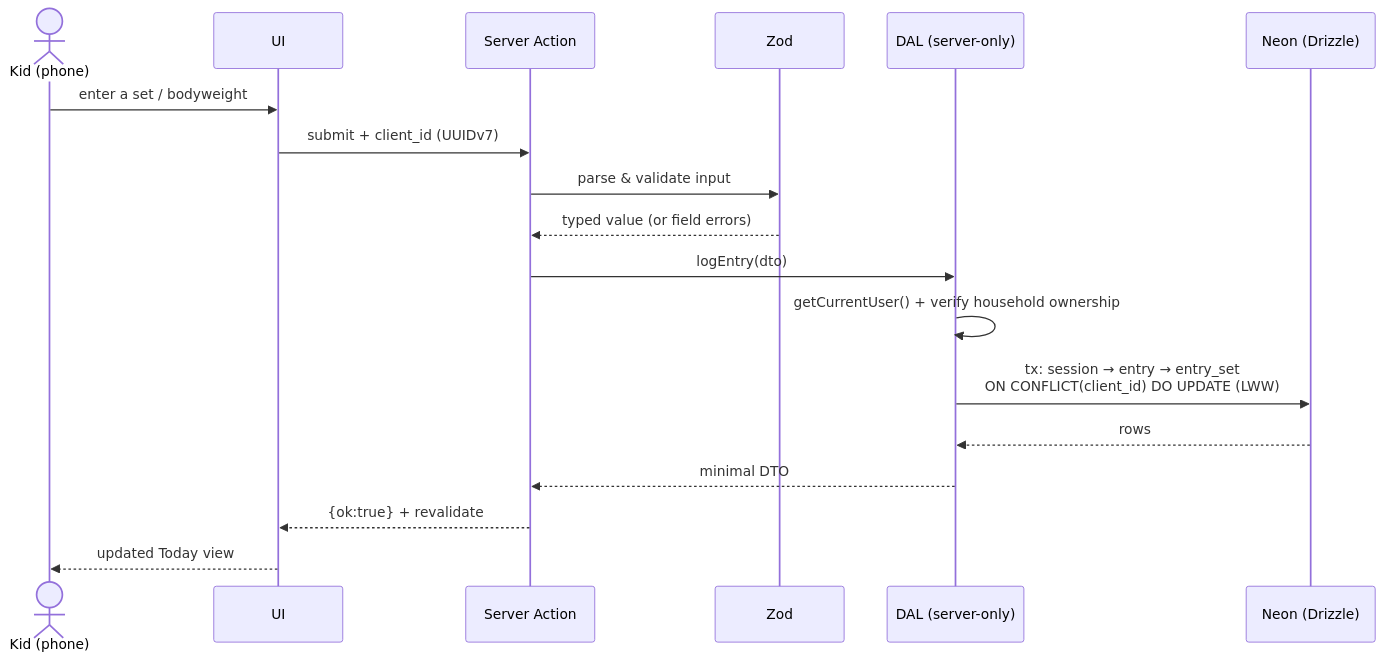
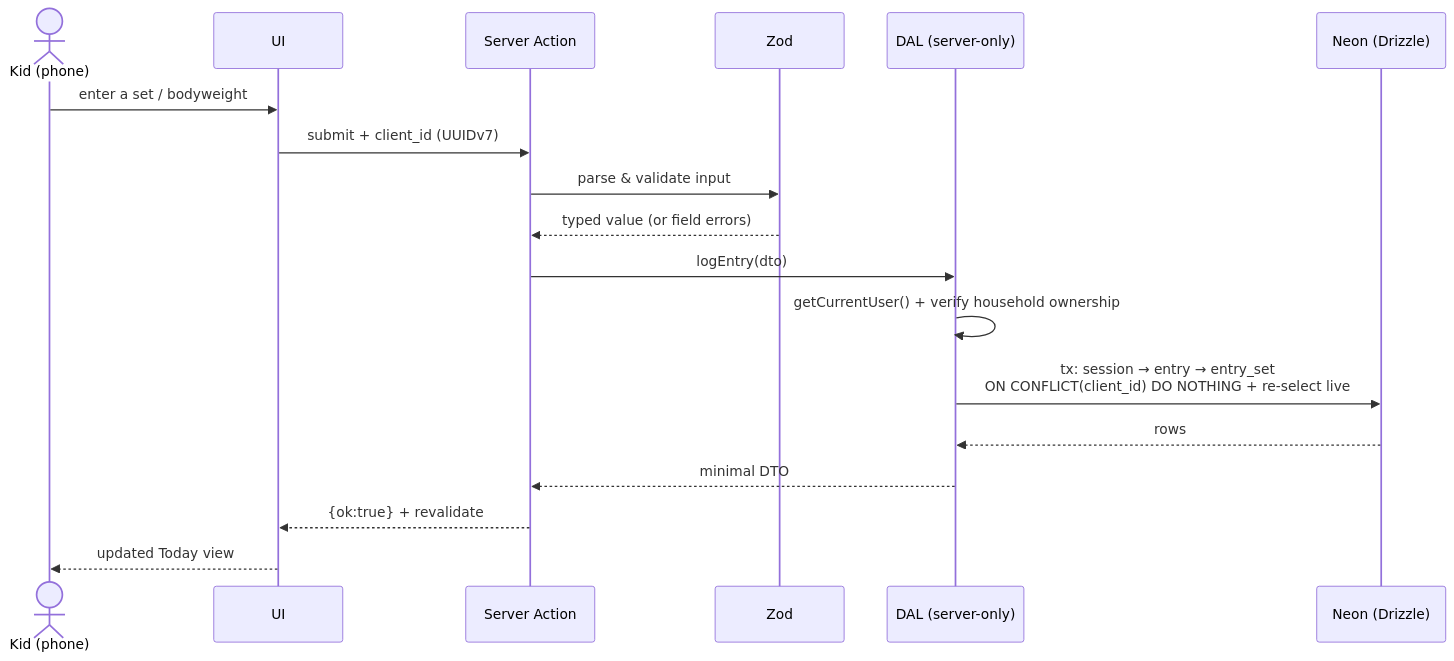
The second of 15 diagrams in docs/architecture.md (ralamode/mat-plan), drawn with Mermaid before and after one commit. The commit also changed other lines of this file and 21 other files, not shown here.

````diff
--- a/docs/architecture.md
+++ b/docs/architecture.md
@@ -71,20 +71,20 @@
 ```mermaid
 sequenceDiagram
   actor Kid as Kid (phone)
   participant UI
   participant Act as Server Action
   participant Zod
   participant DAL as DAL (server-only)
   participant DB as Neon (Drizzle)
   Kid->>UI: enter a set / bodyweight
   UI->>Act: submit + client_id (UUIDv7)
   Act->>Zod: parse & validate input
   Zod-->>Act: typed value (or field errors)
   Act->>DAL: logEntry(dto)
   DAL->>DAL: getCurrentUser() + verify household ownership
-  DAL->>DB: tx: session → entry → entry_set<br/>ON CONFLICT(client_id) DO UPDATE (LWW)
+  DAL->>DB: tx: session → entry → entry_set<br/>ON CONFLICT(client_id) DO NOTHING + re-select live
   DB-->>DAL: rows
   DAL-->>Act: minimal DTO
   Act-->>UI: {ok:true} + revalidate
   UI-->>Kid: updated Today view
 ```
````
